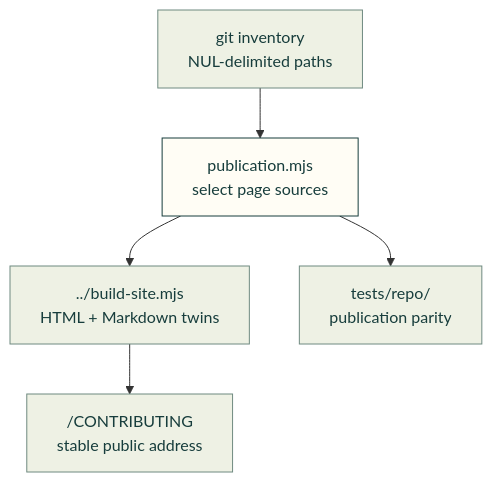
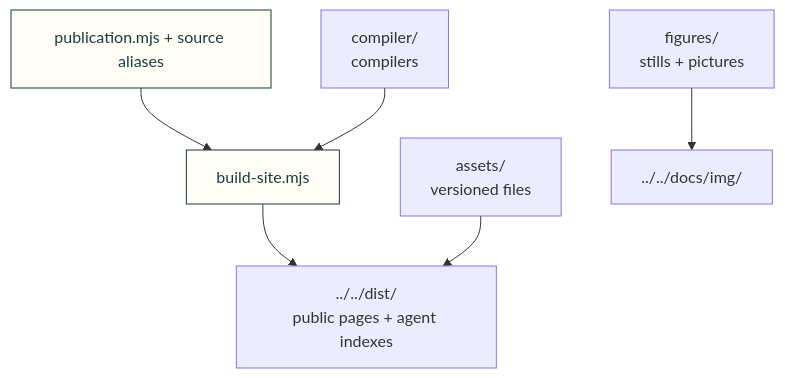
One commit to Valpatel/cad-agent changed the diagram in tools/site/README.md. Above: the diagram before and after it, drawn with Mermaid. The commit also changed other lines of this file and 96 other files, not shown here.

Commit message:
WIP: co-locate site sources and package context under tools/site

````diff
--- a/tools/site/README.md
+++ b/tools/site/README.md
@@ -7,11 +5,11 @@
 ```mermaid
 flowchart TD
-    G["git inventory<br/>NUL-delimited paths"] --> P["publication.mjs<br/>select page sources"]
-    P --> B["../build-site.mjs<br/>HTML + Markdown twins"]
-    P --> A["tests/repo/<br/>publication parity"]
-    B --> U["/CONTRIBUTING<br/>stable public address"]
+    S["publication.mjs + source aliases"] --> B["build-site.mjs"]
+    C["compiler/<br/>compilers"] --> B
+    B --> D["../../dist/<br/>public pages + agent indexes"]
+    A["assets/<br/>versioned files"] --> D
+    F["figures/<br/>stills + pictures"] --> I["../../docs/img/"]
     classDef here fill:#fffdf5,stroke:#173d3c,color:#173d3c
     classDef near fill:#eef1e4,stroke:#6f8a80,color:#173d3c
-    class P here
-    class G,B,A,U near
+    class S,B here
 ```
````
